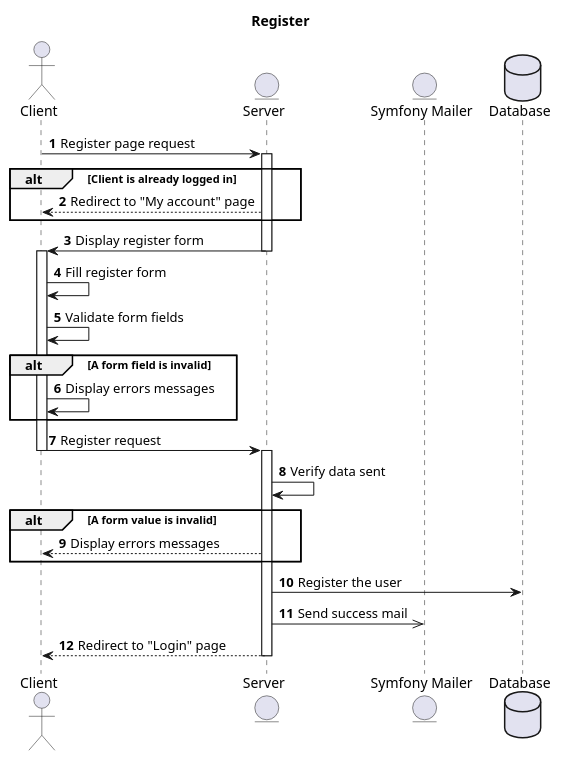
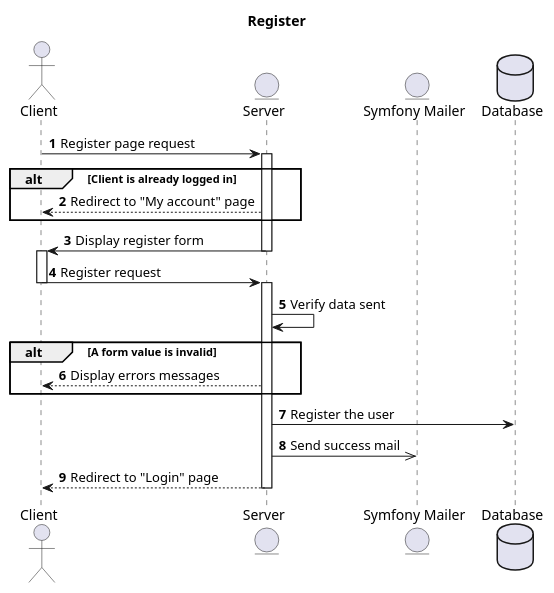
One commit to acecconato/AnthonyCecconato_5_18102021 changed the diagram in docs/puml/sequence/security/register.puml. Above: the diagram before and after it, drawn with PlantUML. The commit also changed 9 other files, not shown here.

```diff
--- a/docs/puml/sequence/security/register.puml
+++ b/docs/puml/sequence/security/register.puml
@@ -1,51 +1,44 @@
 @startuml
 
-title Register 
+title Register
 autonumber
 
-actor Client 
+actor Client
 entity Server
 entity "Symfony Mailer" as SymfonyMailer
 Database Database
 
 Client -> Server : Register page request
 
-activate Server 
+activate Server
 
 alt Client is already logged in
     Server --> Client : Redirect to "My account" page
 end
 
 Server -> Client : Display register form
 
-deactivate Server 
+deactivate Server
 
 activate Client
-
-Client -> Client : Fill register form
-Client -> Client : Validate form fields
-
-alt A form field is invalid 
-    Client -> Client : Display errors messages
-end
 
 Client -> Server : Register request
 
 deactivate Client
 
-activate Server 
+activate Server
 
 Server -> Server : Verify data sent
 
-alt A form value is invalid 
+alt A form value is invalid
     Server --> Client : Display errors messages
 end
 
 Server -> Database : Register the user
 Server ->> SymfonyMailer : Send success mail
 
 Server --> Client : Redirect to "Login" page
 
 deactivate Server
 
 @enduml
```
